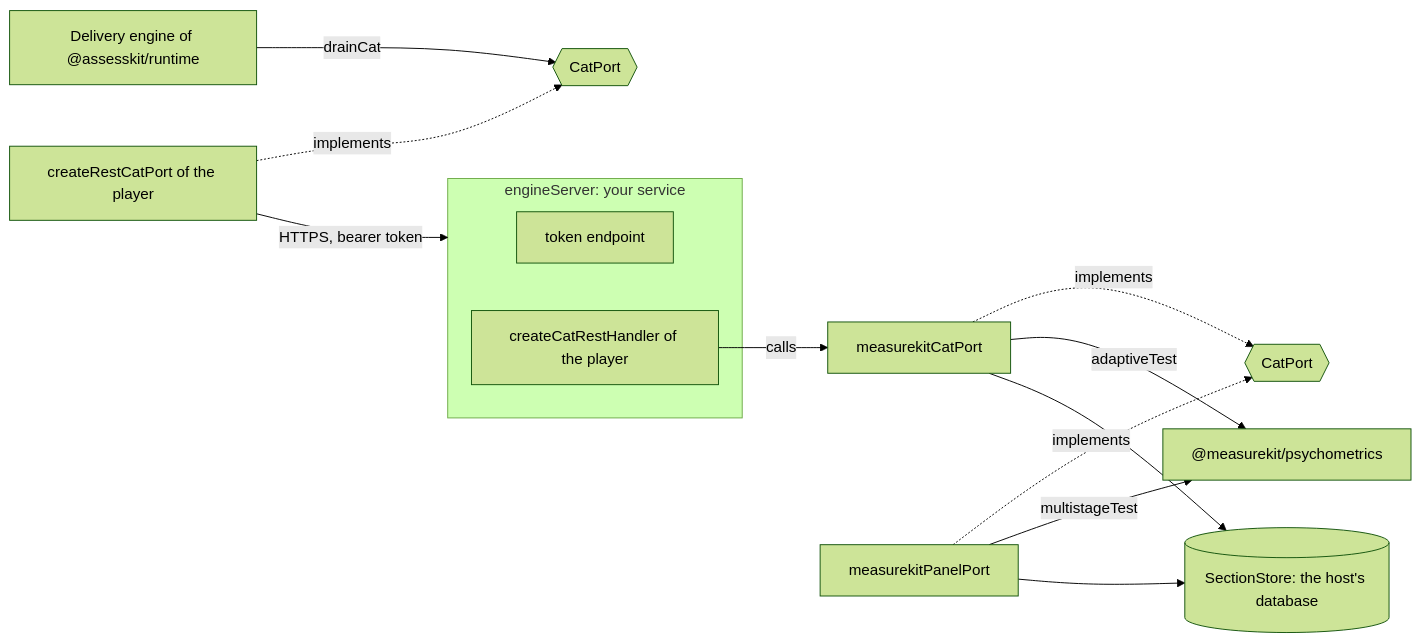
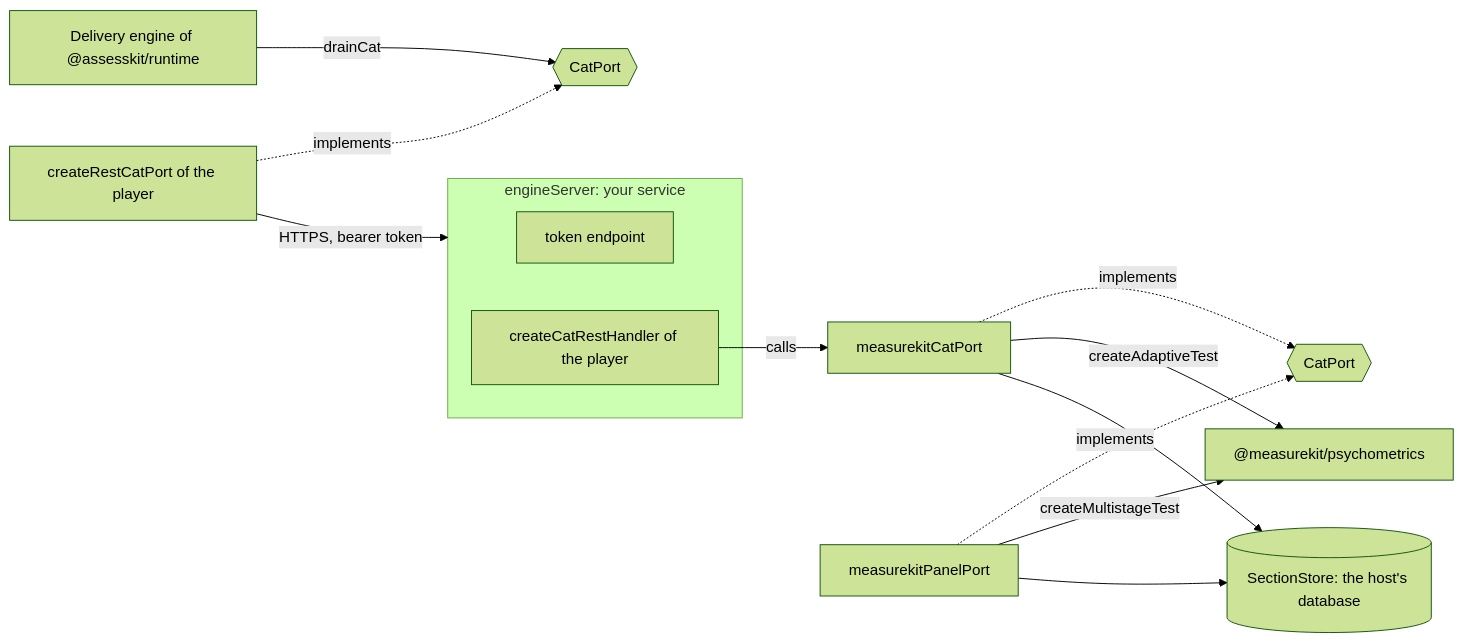
Before and after one commit to assesskit/assesskit: the diagram in examples/player/cat-with-measurekit/README.md, drawn with Mermaid (forest theme). The commit also changed other lines of this file and 22 other files, not shown here.

````diff
--- a/examples/player/cat-with-measurekit/README.md
+++ b/examples/player/cat-with-measurekit/README.md
@@ -8,17 +8,17 @@
 ```mermaid
 flowchart LR
   engine["Delivery engine of @assesskit/runtime"] -->|drainCat| port{{"CatPort"}}
   client["createRestCatPort of the player"] -.->|implements| port
   client -->|"HTTPS, bearer token"| server
   subgraph server["engineServer: your service"]
     token["token endpoint"]
     handler["createCatRestHandler of the player"]
   end
   handler -->|calls| cat
   cat["measurekitCatPort"] -.->|implements| enginePort{{"CatPort"}}
   panel["measurekitPanelPort"] -.->|implements| enginePort
-  cat -->|"adaptiveTest"| mk["@measurekit/psychometrics"]
-  panel -->|"multistageTest"| mk
+  cat -->|"createAdaptiveTest"| mk["@measurekit/psychometrics"]
+  panel -->|"createMultistageTest"| mk
   cat --> store[("SectionStore: the host's database")]
   panel --> store
 ```
````
